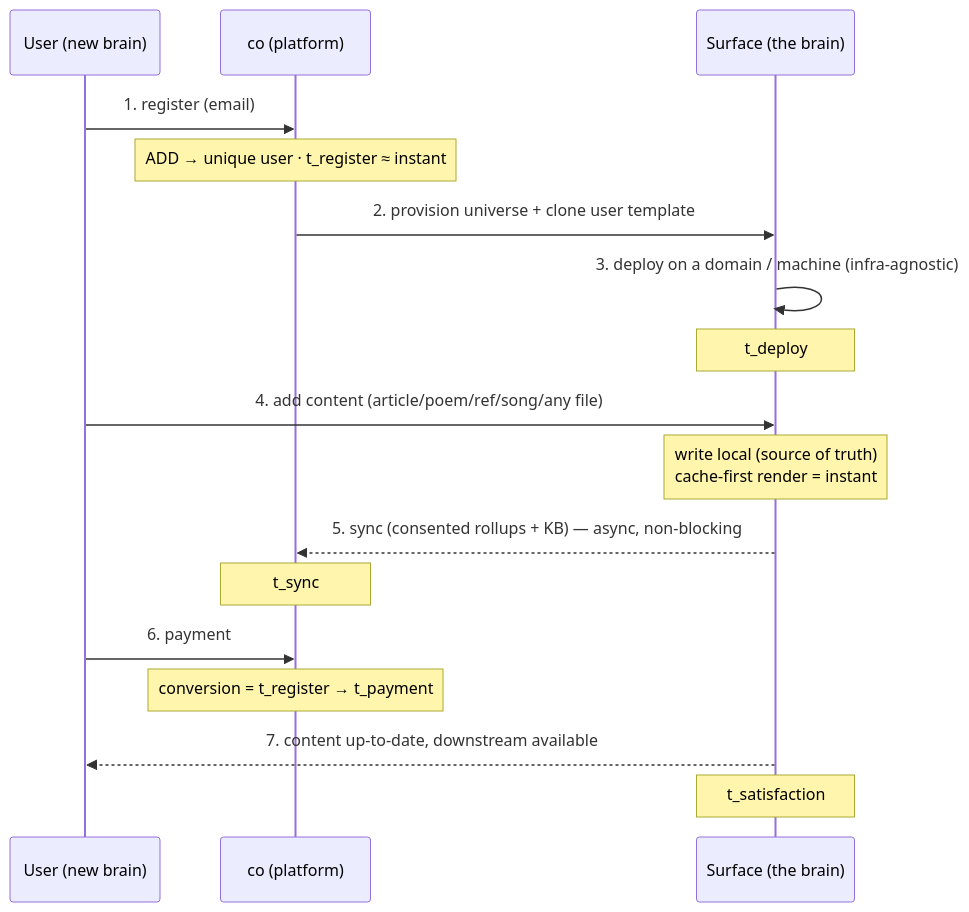
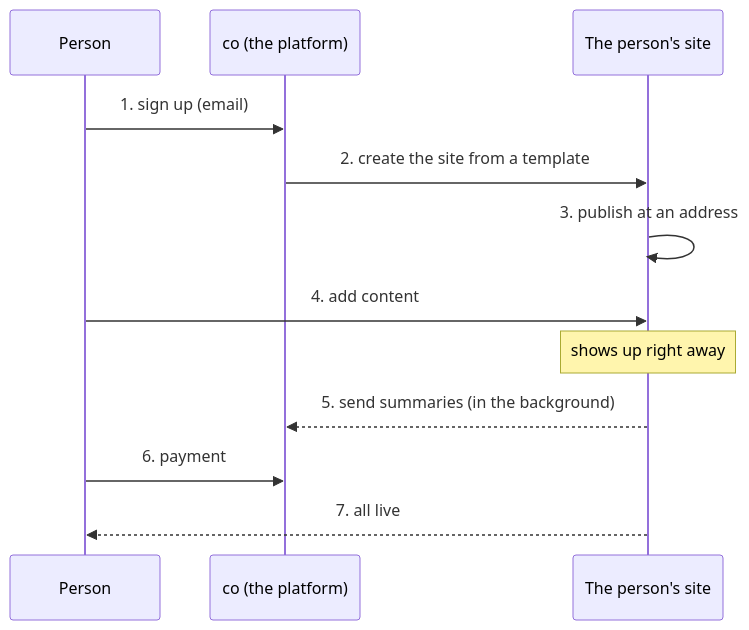
One commit to artelonga/ArteLonga changed the third of 6 diagrams in docs/intelligence-as-a-service.en.md. Above: the diagram before and after it, drawn with Mermaid. The commit also changed other lines of this file and 43 other files, not shown here.

First line of the commit message:
feat(docs): diagramas simples e legíveis (sem jargão) em todas as docs (#89)

````diff
--- a/docs/intelligence-as-a-service.en.md
+++ b/docs/intelligence-as-a-service.en.md
@@ -131,19 +117,14 @@
 ```mermaid
 sequenceDiagram
-  participant U as User (new brain)
-  participant CO as co (platform)
-  participant S as Surface (the brain)
-  U->>CO: 1. register (email)
-  Note over CO: ADD → unique user · t_register ≈ instant
-  CO->>S: 2. provision universe + clone user template
-  S->>S: 3. deploy on a domain / machine (infra-agnostic)
-  Note over S: t_deploy
-  U->>S: 4. add content (article/poem/ref/song/any file)
-  Note over S: write local (source of truth)<br/>cache-first render = instant
-  S-->>CO: 5. sync (consented rollups + KB) — async, non-blocking
-  Note over CO: t_sync
+  participant U as Person
+  participant CO as co (the platform)
+  participant S as The person's site
+  U->>CO: 1. sign up (email)
+  CO->>S: 2. create the site from a template
+  S->>S: 3. publish at an address
+  U->>S: 4. add content
+  Note over S: shows up right away
+  S-->>CO: 5. send summaries (in the background)
   U->>CO: 6. payment
-  Note over CO: conversion = t_register → t_payment
-  S-->>U: 7. content up-to-date, downstream available
-  Note over S: t_satisfaction
+  S-->>U: 7. all live
 ```
````
